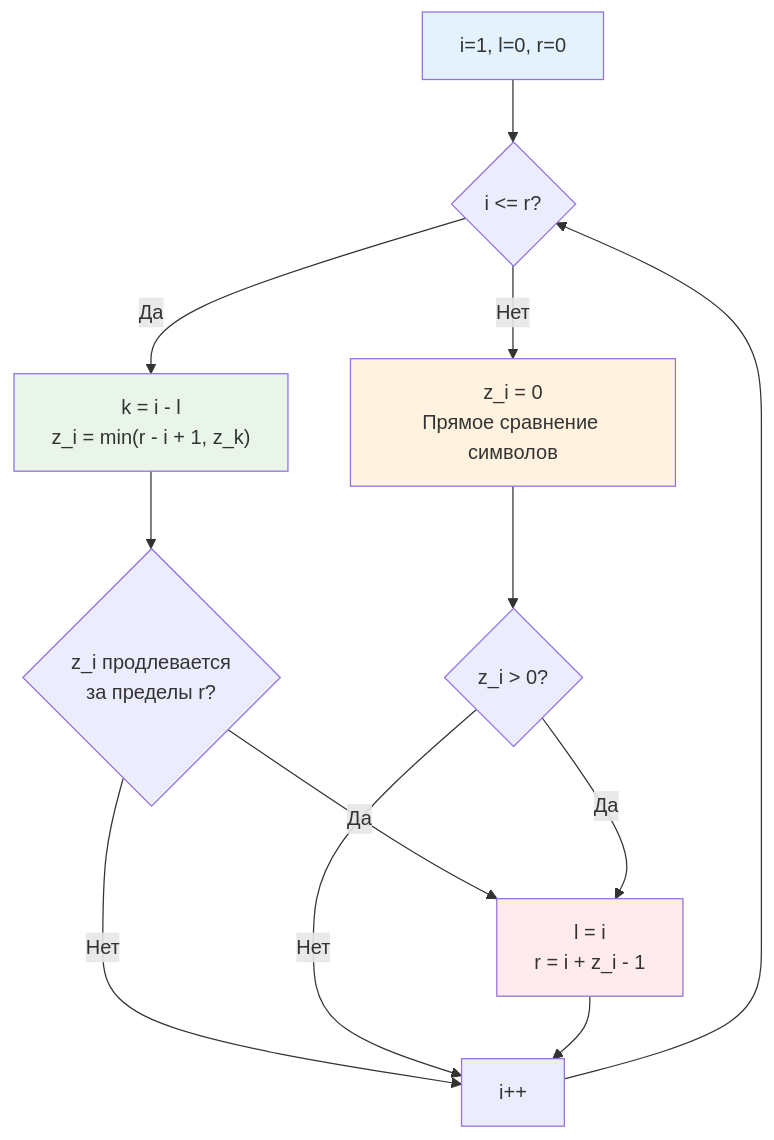
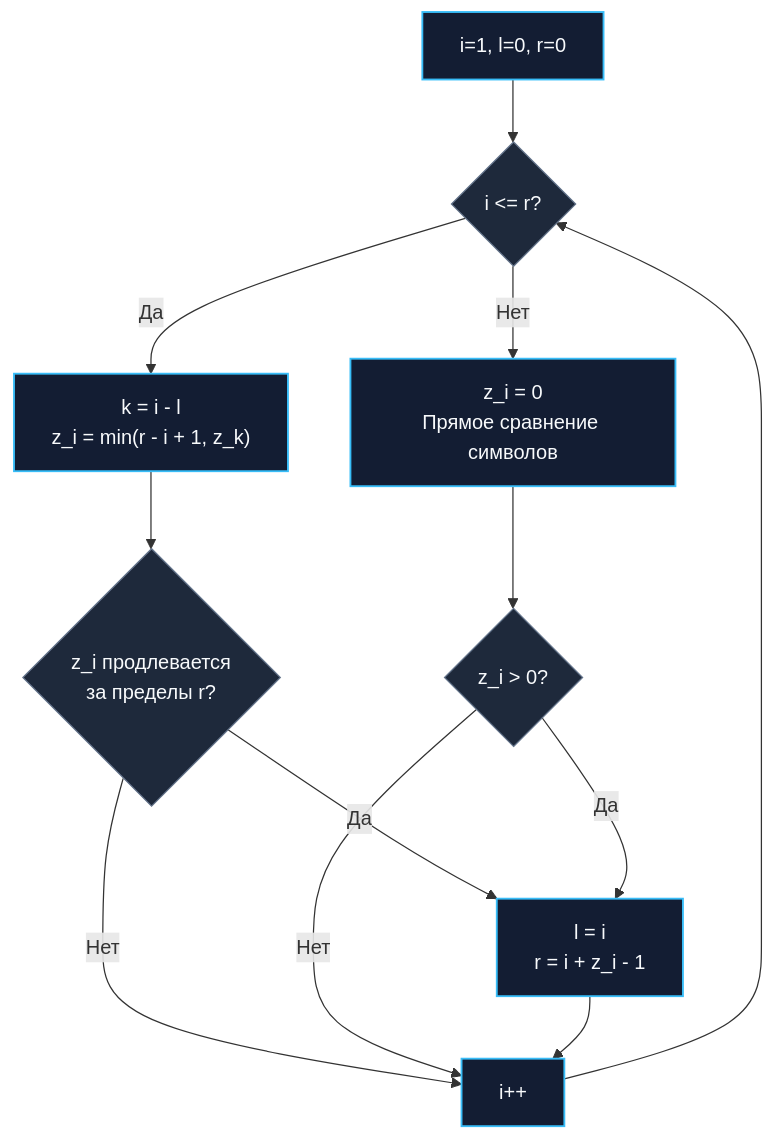
One commit to UnrealTemplier/go-textbook changed the diagram in sources/20. Алгоритмы и структуры данных (DSA) на Go/12. Строки/4. Z алгоритм.md. Above: the diagram before and after it, drawn with Mermaid. The commit also changed other lines of this file, not shown here.

````diff
--- a/sources/20. Алгоритмы и структуры данных (DSA) на Go/12. Строки/4. Z алгоритм.md
+++ b/sources/20. Алгоритмы и структуры данных (DSA) на Go/12. Строки/4. Z алгоритм.md
@@ -18,19 +33,18 @@
 ```mermaid
 flowchart TD
     Start["i=1, l=0, r=0"] --> Check{"i <= r?"}
-    Check -->|Да| Init["k = i - l<br>z_i = min(r - i + 1, z_k)"]
-    Check -->|Нет| Brute["z_i = 0<br>Прямое сравнение символов"]
+    Check -- Да --> Init["k = i - l<br>z_i = min(r - i + 1, z_k)"]
+    Check -- Нет --> Brute["z_i = 0<br>Прямое сравнение символов"]
     Init --> Extend{"z_i продлевается<br>за пределы r?"}
-    Extend -->|Да| Update["l = i<br>r = i + z_i - 1"]
-    Extend -->|Нет| Next["i++"]
+    Extend -- Да --> Update["l = i<br>r = i + z_i - 1"]
+    Extend -- Нет --> Next["i++"]
     Brute --> CheckLen{"z_i > 0?"}
-    CheckLen -->|Да| Update
-    CheckLen -->|Нет| Next
+    CheckLen -- Да --> Update
+    CheckLen -- Нет --> Next
     Update --> Next
     Next --> Check
-    
-    style Start fill:#e3f2fd
-    style Init fill:#e8f5e8
-    style Brute fill:#fff3e0
-    style Update fill:#ffebee
+
+    classDef default fill:#131d33,stroke:#38bdf8,stroke-width:1.5px,color:#f8fafc;
+    classDef branch fill:#1e293b,stroke:#64748b,stroke-width:1px,color:#f8fafc;
+    class Check,Extend,CheckLen branch;
 ```
````
